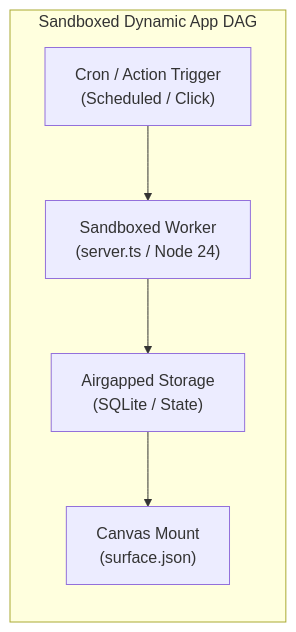
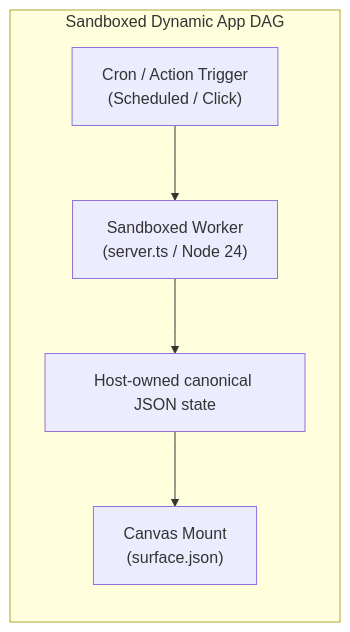
Before and after one commit to nranjan2code/vakyartha: the second of 2 diagrams in docs/skill-studio/SKILL-STUDIO-ARCHITECTURE.md, drawn with Mermaid. The commit also changed other lines of this file and 44 other files, not shown here.

````diff
--- a/docs/skill-studio/SKILL-STUDIO-ARCHITECTURE.md
+++ b/docs/skill-studio/SKILL-STUDIO-ARCHITECTURE.md
@@ -69,8 +69,8 @@
 ```mermaid
 flowchart LR
   subgraph AppFlow["Sandboxed Dynamic App DAG"]
     Trigger["Cron / Action Trigger\n(Scheduled / Click)"] --> Worker["Sandboxed Worker\n(server.ts / Node 24)"]
-    Worker --> Storage["Airgapped Storage\n(SQLite / State)"]
+    Worker --> Storage["Host-owned canonical JSON state"]
     Storage --> Canvas["Canvas Mount\n(surface.json)"]
   end
 ```
````
